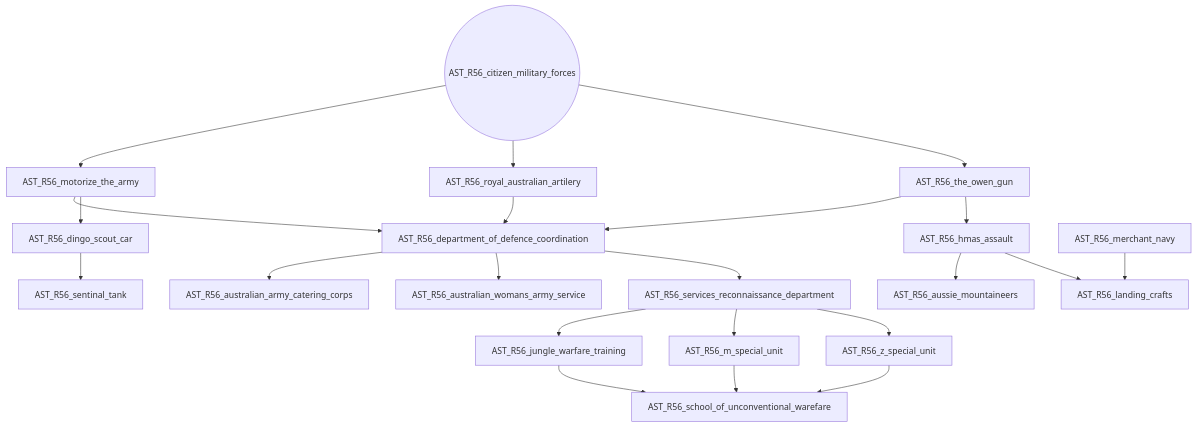
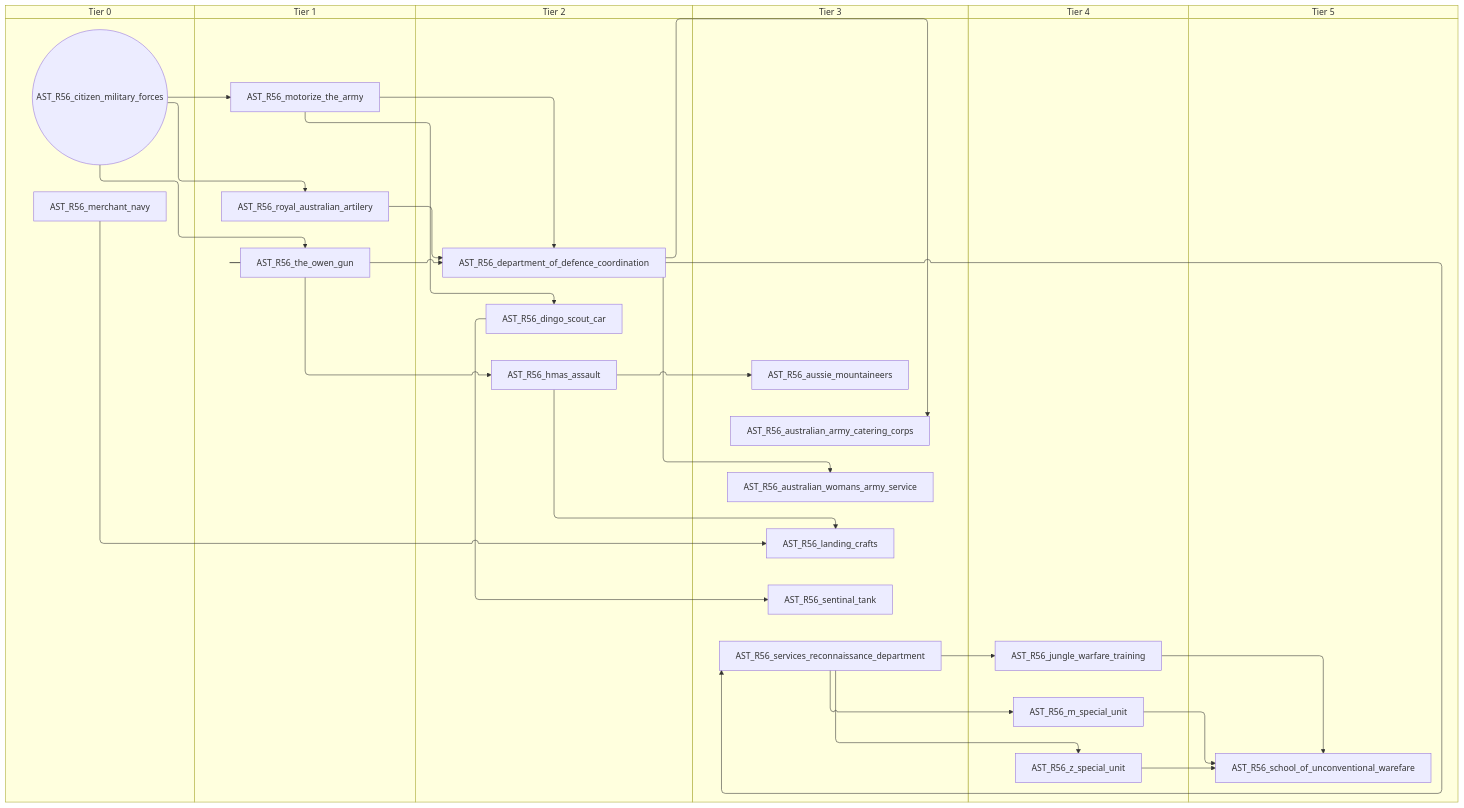
The third of 12 diagrams in docs/gdd/National Focuses/australia.md (evgeny-sobol/hoi4-sandbox-mode-r56), drawn with Mermaid before and after one commit. The commit also changed other lines of this file and 423 other files, not shown here.

First line of the commit message:
Re-export Rt56 focus trees as swimlane diagrams

````diff
--- a/docs/gdd/National Focuses/australia.md
+++ b/docs/gdd/National Focuses/australia.md
@@ -179,42 +209,54 @@
 ```mermaid
-flowchart TD
-    n58["AST_R56_aussie_mountaineers"]
-    n59["AST_R56_australian_army_catering_corps"]
-    n60["AST_R56_australian_womans_army_service"]
-    n61(("AST_R56_citizen_military_forces"))
-    n62["AST_R56_department_of_defence_coordination"]
-    n63["AST_R56_dingo_scout_car"]
-    n64["AST_R56_hmas_assault"]
-    n65["AST_R56_jungle_warfare_training"]
-    n66["AST_R56_landing_crafts"]
-    n67["AST_R56_m_special_unit"]
-    n68["AST_R56_merchant_navy"]
-    n69["AST_R56_motorize_the_army"]
-    n70["AST_R56_royal_australian_artilery"]
-    n71["AST_R56_school_of_unconventional_warefare"]
-    n72["AST_R56_sentinal_tank"]
-    n73["AST_R56_services_reconnaissance_department"]
-    n74["AST_R56_the_owen_gun"]
-    n75["AST_R56_z_special_unit"]
-    n64 --> n58
-    n62 --> n59
-    n62 --> n60
-    n70 --> n62
-    n74 --> n62
-    n69 --> n62
-    n69 --> n63
-    n74 --> n64
-    n73 --> n65
-    n64 --> n66
-    n68 --> n66
-    n73 --> n67
-    n61 --> n69
-    n61 --> n70
-    n67 --> n71
-    n65 --> n71
-    n75 --> n71
-    n63 --> n72
-    n62 --> n73
-    n61 --> n74
+swimlane-beta TD
+    subgraph tier_0["Tier 0"]
+        n58(("AST_R56_citizen_military_forces"))
+        n59["AST_R56_merchant_navy"]
+    end
+    subgraph tier_1["Tier 1"]
+        n60["AST_R56_motorize_the_army"]
+        n61["AST_R56_royal_australian_artilery"]
+        n62["AST_R56_the_owen_gun"]
+    end
+    subgraph tier_2["Tier 2"]
+        n63["AST_R56_department_of_defence_coordination"]
+        n64["AST_R56_dingo_scout_car"]
+        n65["AST_R56_hmas_assault"]
+    end
+    subgraph tier_3["Tier 3"]
+        n66["AST_R56_aussie_mountaineers"]
+        n67["AST_R56_australian_army_catering_corps"]
+        n68["AST_R56_australian_womans_army_service"]
+        n69["AST_R56_landing_crafts"]
+        n70["AST_R56_sentinal_tank"]
+        n71["AST_R56_services_reconnaissance_department"]
+    end
+    subgraph tier_4["Tier 4"]
+        n72["AST_R56_jungle_warfare_training"]
+        n73["AST_R56_m_special_unit"]
+        n74["AST_R56_z_special_unit"]
+    end
+    subgraph tier_5["Tier 5"]
+        n75["AST_R56_school_of_unconventional_warefare"]
+    end
+    n65 --> n66
+    n63 --> n67
+    n63 --> n68
+    n61 --> n63
+    n62 --> n63
+    n60 --> n63
+    n60 --> n64
+    n62 --> n65
+    n71 --> n72
+    n65 --> n69
+    n59 --> n69
+    n71 --> n73
+    n58 --> n60
+    n58 --> n61
     n73 --> n75
+    n72 --> n75
+    n74 --> n75
+    n64 --> n70
+    n63 --> n71
+    n58 --> n62
+    n71 --> n74
 ```
````
